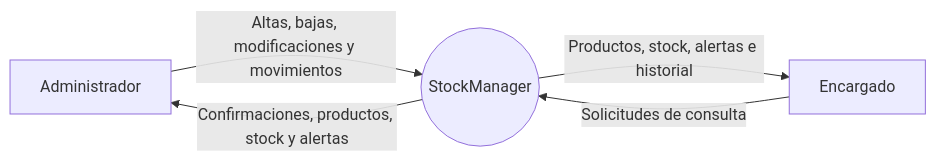
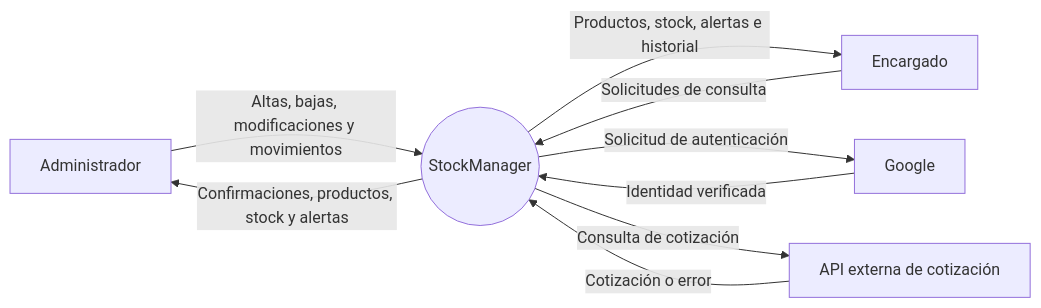
The diagram in docs/ANALISIS_DEL_SISTEMA.md (Franco28/tp-integrador-stockmanager-belgorodsky-mato-solis-), drawn with Mermaid before and after one commit. The commit also changed other lines of this file and 2 other files, not shown here.

````diff
--- a/docs/ANALISIS_DEL_SISTEMA.md
+++ b/docs/ANALISIS_DEL_SISTEMA.md
@@ -22,7 +24,11 @@
 ```mermaid
 flowchart LR
     A[Administrador] -->|Altas, bajas, modificaciones y movimientos| S((StockManager))
     S -->|Confirmaciones, productos, stock y alertas| A
     E[Encargado] -->|Solicitudes de consulta| S
     S -->|Productos, stock, alertas e historial| E
+    S -->|Solicitud de autenticación| G[Google]
+    G -->|Identidad verificada| S
+    S -->|Consulta de cotización| API[API externa de cotización]
+    API -->|Cotización o error| S
 ```
````
